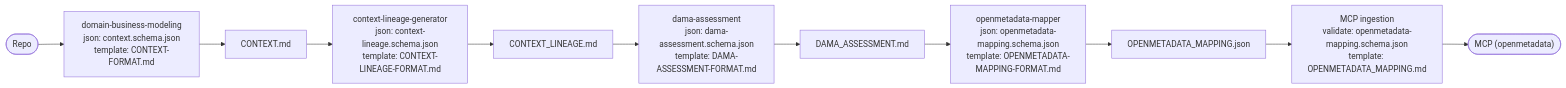
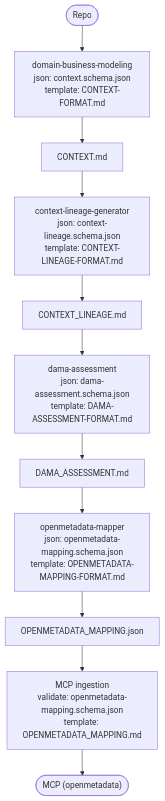
The diagram in README.md (diegoquintanav/damabok-skills), drawn with Mermaid before and after one commit.

Commit message:
fix: update flowchart direction in README.md for clarity

````diff
--- a/README.md
+++ b/README.md
@@ -54,13 +54,13 @@
 ```mermaid
-flowchart LR
+flowchart TD
     Repo(["Repo"]) --> C1["domain-business-modeling<br/>json: context.schema.json<br/>template: CONTEXT-FORMAT.md"]
     C1 --> CONTEXT["CONTEXT.md"]
     CONTEXT --> C2["context-lineage-generator<br/>json: context-lineage.schema.json<br/>template: CONTEXT-LINEAGE-FORMAT.md"]
     C2 --> LINEAGE["CONTEXT_LINEAGE.md"]
     LINEAGE --> C3["dama-assessment<br/>json: dama-assessment.schema.json<br/>template: DAMA-ASSESSMENT-FORMAT.md"]
     C3 --> DAMA["DAMA_ASSESSMENT.md"]
     DAMA --> C4["openmetadata-mapper<br/>json: openmetadata-mapping.schema.json<br/>template: OPENMETADATA-MAPPING-FORMAT.md"]
     C4 --> OMM["OPENMETADATA_MAPPING.json"]
     OMM --> C5["MCP ingestion<br/>validate: openmetadata-mapping.schema.json<br/>template: OPENMETADATA_MAPPING.md"]
     C5 --> MCP(["MCP (openmetadata)"])
 ```
````
